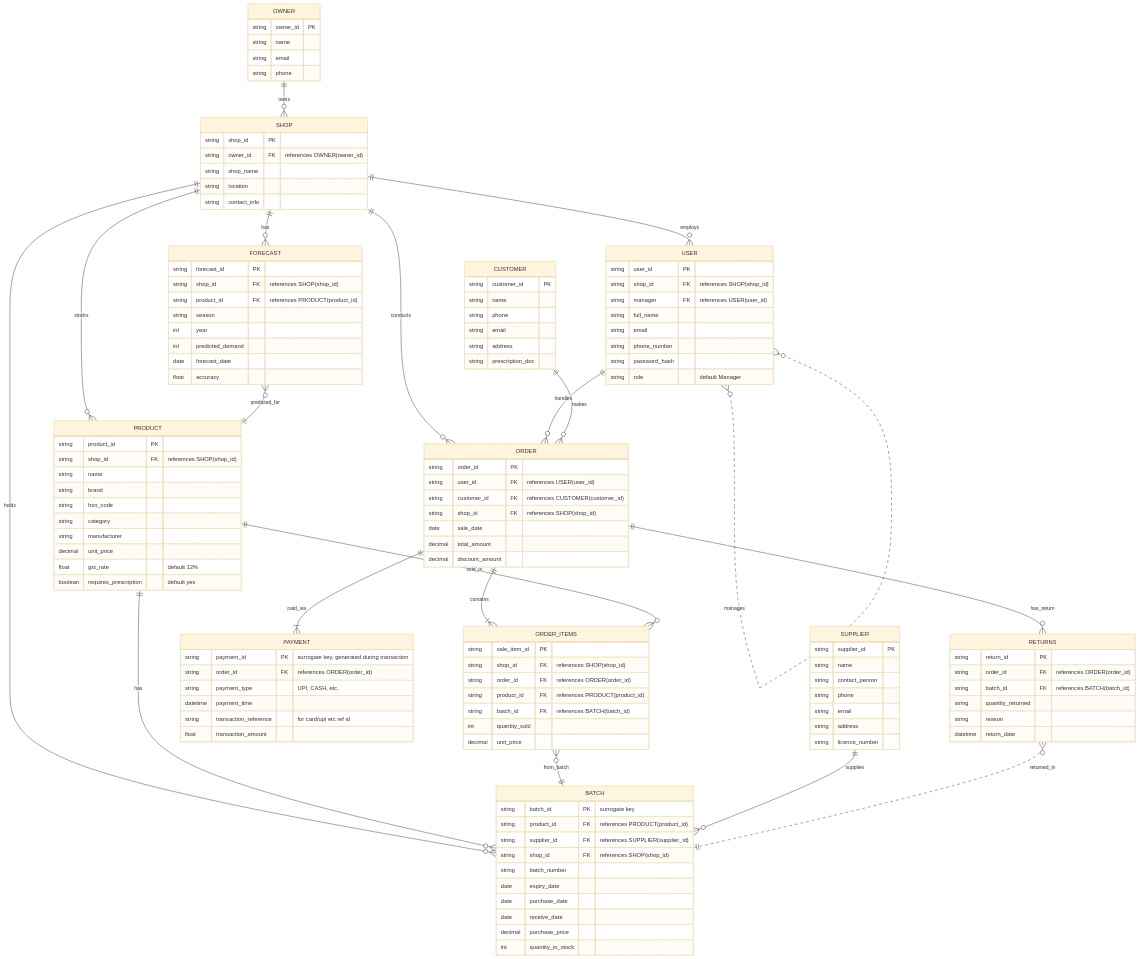
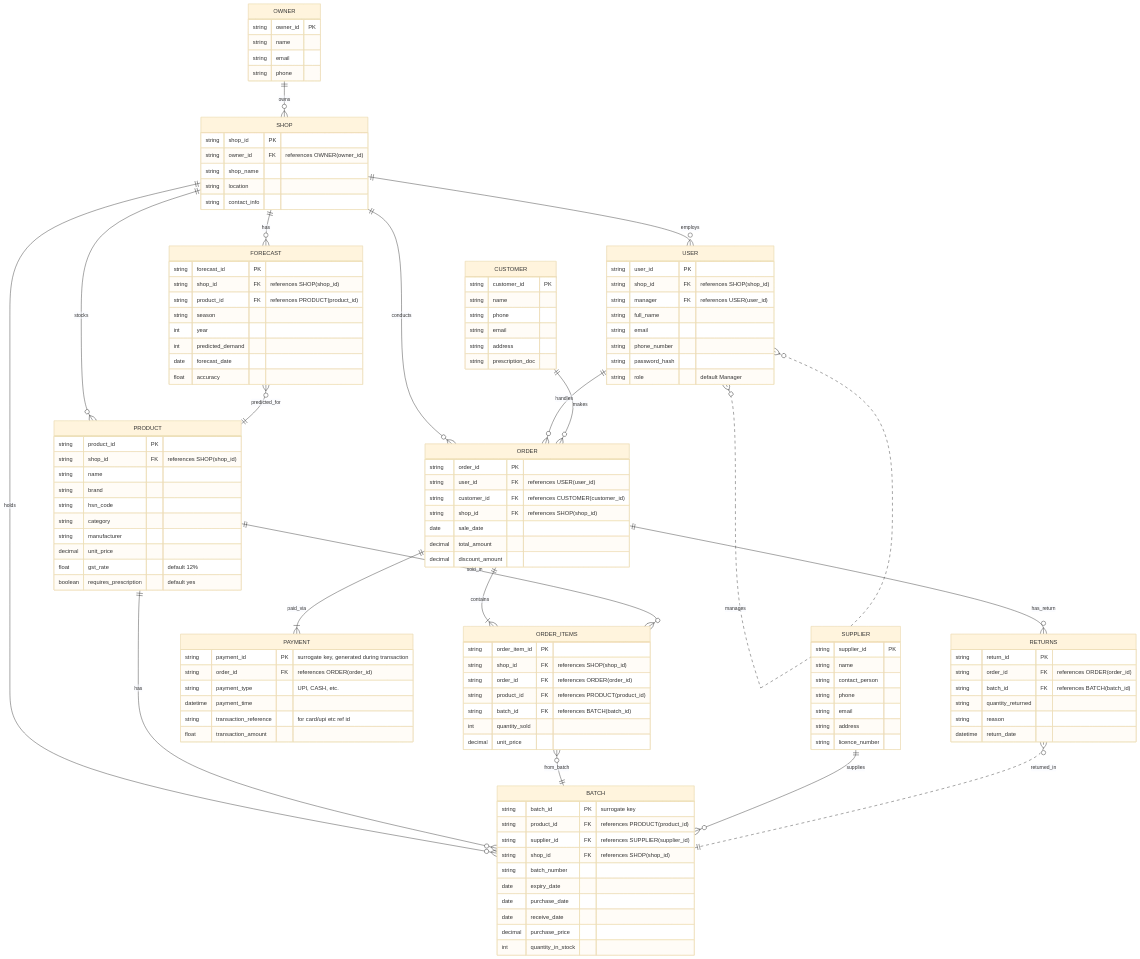
One commit to MET4L-DS/miniPharma changed the diagram in ER diagram version 3.md. Above: the diagram before and after it, drawn with Mermaid (base theme).

Commit message:
Update ER diagram version 3.md

```diff
--- a/ER diagram version 3.md
+++ b/ER diagram version 3.md
@@ -83,7 +83,7 @@
 	}
 
     ORDER_ITEMS {
-        string sale_item_id PK
+        string order_item_id PK
         string shop_id FK		"references SHOP(shop_id)"
         string order_id FK		"references ORDER(order_id)"
         string product_id FK	"references PRODUCT(product_id)"
```
